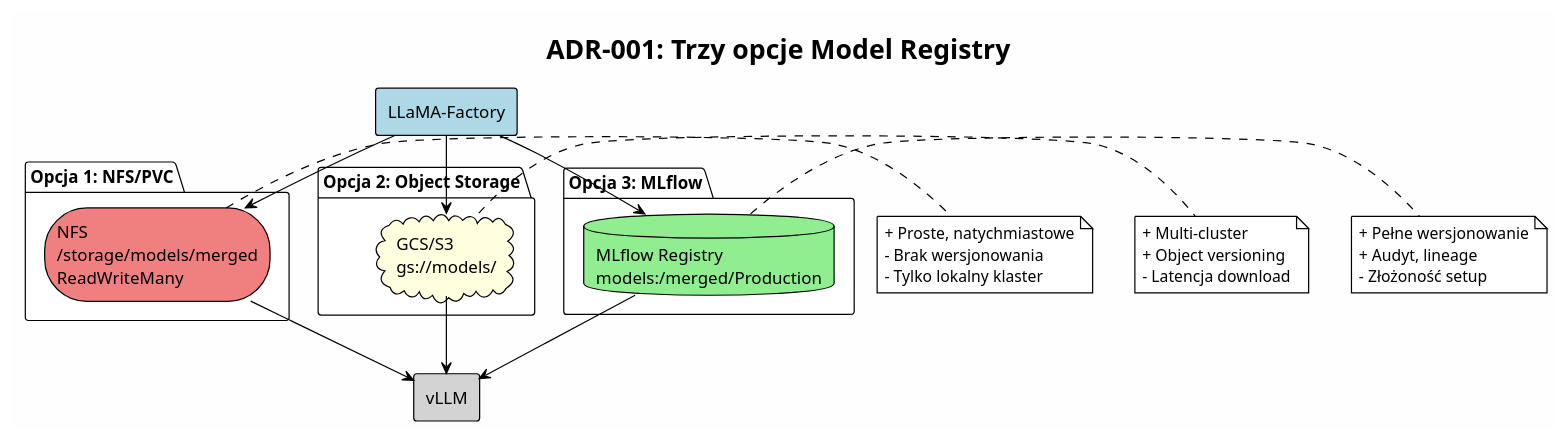
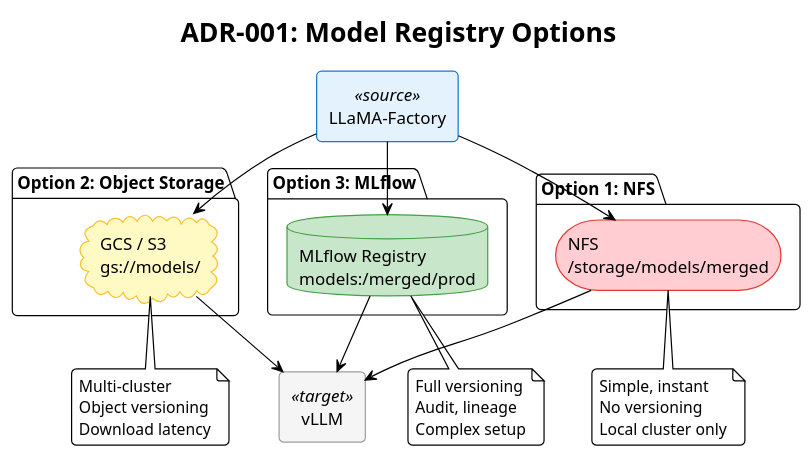
One commit to Maciek-roboblog/t changed the diagram in new/infra-simple/docs/diagrams/adr001-options.puml. Above: the diagram before and after it, drawn with PlantUML. The commit also changed 29 other files, not shown here.

```diff
--- a/new/infra-simple/docs/diagrams/adr001-options.puml
+++ b/new/infra-simple/docs/diagrams/adr001-options.puml
@@ -1,49 +1,74 @@
 @startuml adr001-options
 !theme plain
-skinparam backgroundColor #FEFEFE
+skinparam backgroundColor white
+skinparam defaultFontName Helvetica
+skinparam shadowing false
+skinparam roundCorner 8
 
-title ADR-001: Trzy opcje Model Registry
-
-rectangle "LLaMA-Factory" as llama #LightBlue
-
-package "Opcja 1: NFS/PVC" as opt1 {
-    storage "NFS\n/storage/models/merged\nReadWriteMany" as nfs #LightCoral
+skinparam rectangle {
+    BackgroundColor<<source>> #E3F2FD
+    BorderColor<<source>> #1976D2
+    BackgroundColor<<target>> #F5F5F5
+    BorderColor<<target>> #9E9E9E
 }
 
-package "Opcja 2: Object Storage" as opt2 {
-    cloud "GCS/S3\ngs://models/" as gcs #LightYellow
+skinparam storage {
+    BackgroundColor #FFCDD2
+    BorderColor #E53935
 }
 
-package "Opcja 3: MLflow" as opt3 {
-    database "MLflow Registry\nmodels:/merged/Production" as mlflow #LightGreen
+skinparam cloud {
+    BackgroundColor #FFF9C4
+    BorderColor #FBC02D
 }
 
-rectangle "vLLM" as vllm #LightGray
+skinparam database {
+    BackgroundColor #C8E6C9
+    BorderColor #43A047
+}
+
+title ADR-001: Model Registry Options
+
+rectangle "LLaMA-Factory" <<source>> as llama
+
+package "Option 1: NFS" {
+    storage "NFS\n/storage/models/merged" as nfs
+}
+
+package "Option 2: Object Storage" {
+    cloud "GCS / S3\ngs://models/" as gcs
+}
+
+package "Option 3: MLflow" {
+    database "MLflow Registry\nmodels:/merged/prod" as mlflow
+}
+
+rectangle "vLLM" <<target>> as vllm
 
 llama --> nfs
 llama --> gcs
 llama --> mlflow
 
 nfs --> vllm
 gcs --> vllm
 mlflow --> vllm
 
-note right of nfs
-  + Proste, natychmiastowe
-  - Brak wersjonowania
-  - Tylko lokalny klaster
+note bottom of nfs
+  Simple, instant
+  No versioning
+  Local cluster only
 end note
 
-note right of gcs
-  + Multi-cluster
-  + Object versioning
-  - Latencja download
+note bottom of gcs
+  Multi-cluster
+  Object versioning
+  Download latency
 end note
 
-note right of mlflow
-  + Pełne wersjonowanie
-  + Audyt, lineage
-  - Złożoność setup
+note bottom of mlflow
+  Full versioning
+  Audit, lineage
+  Complex setup
 end note
 
 @enduml
```
